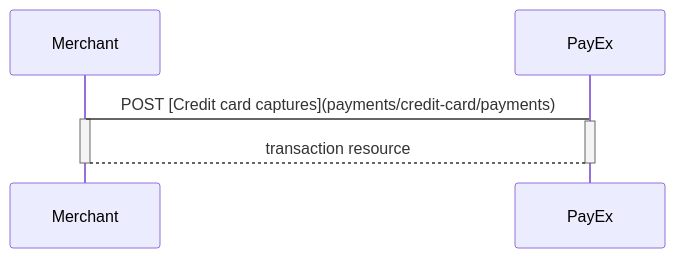
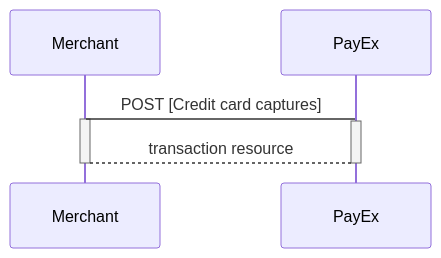
One commit to SwedbankPay/developer.swedbankpay.com changed the first of 10 diagrams in payments/credit-card/after-payment.md. Above: the diagram before and after it, drawn with Mermaid. The commit also changed other lines of this file, not shown here.

Commit message:
DX-266 fixed tables and, removed links in Mermaid diagrams, and fixing links

````diff
--- a/payments/credit-card/after-payment.md
+++ b/payments/credit-card/after-payment.md
@@ -169,9 +169,9 @@
 ```mermaid
 sequenceDiagram
-  Merchant->PayEx: POST [Credit card captures](payments/credit-card/payments)
+  Merchant->PayEx: POST [Credit card captures]
   Activate Merchant
   Activate PayEx
   PayEx-->Merchant: transaction resource
   Deactivate PayEx
   Deactivate Merchant
 ```
````
